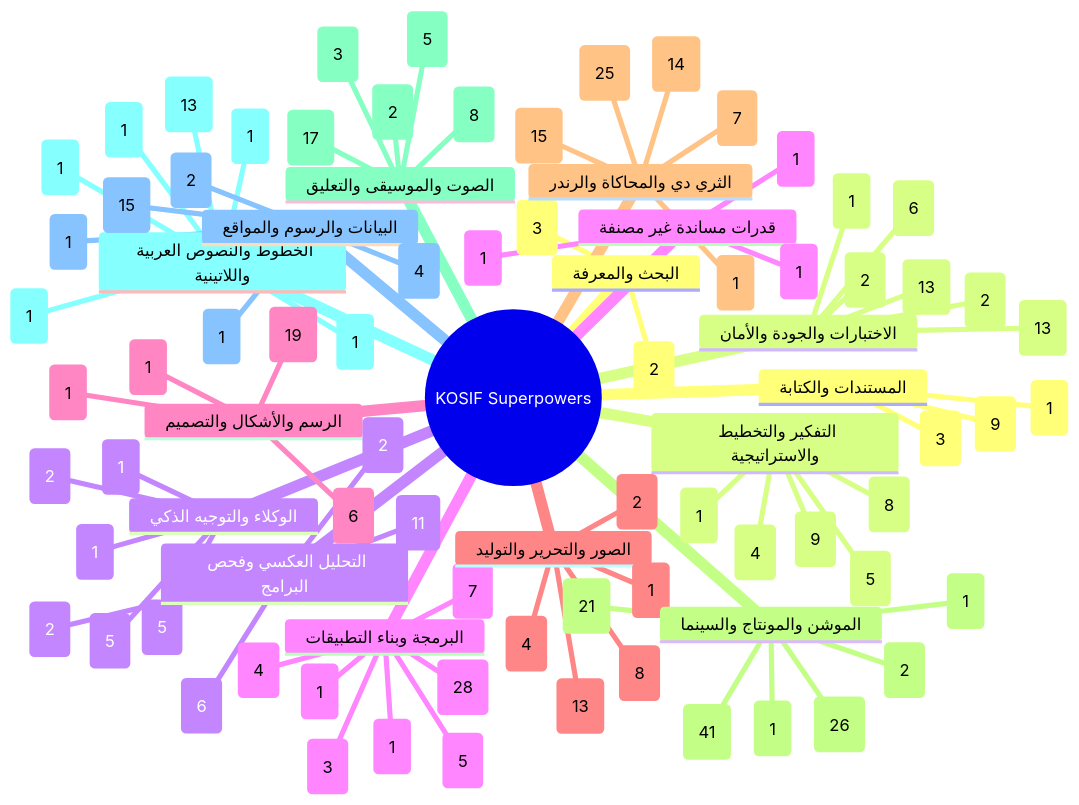
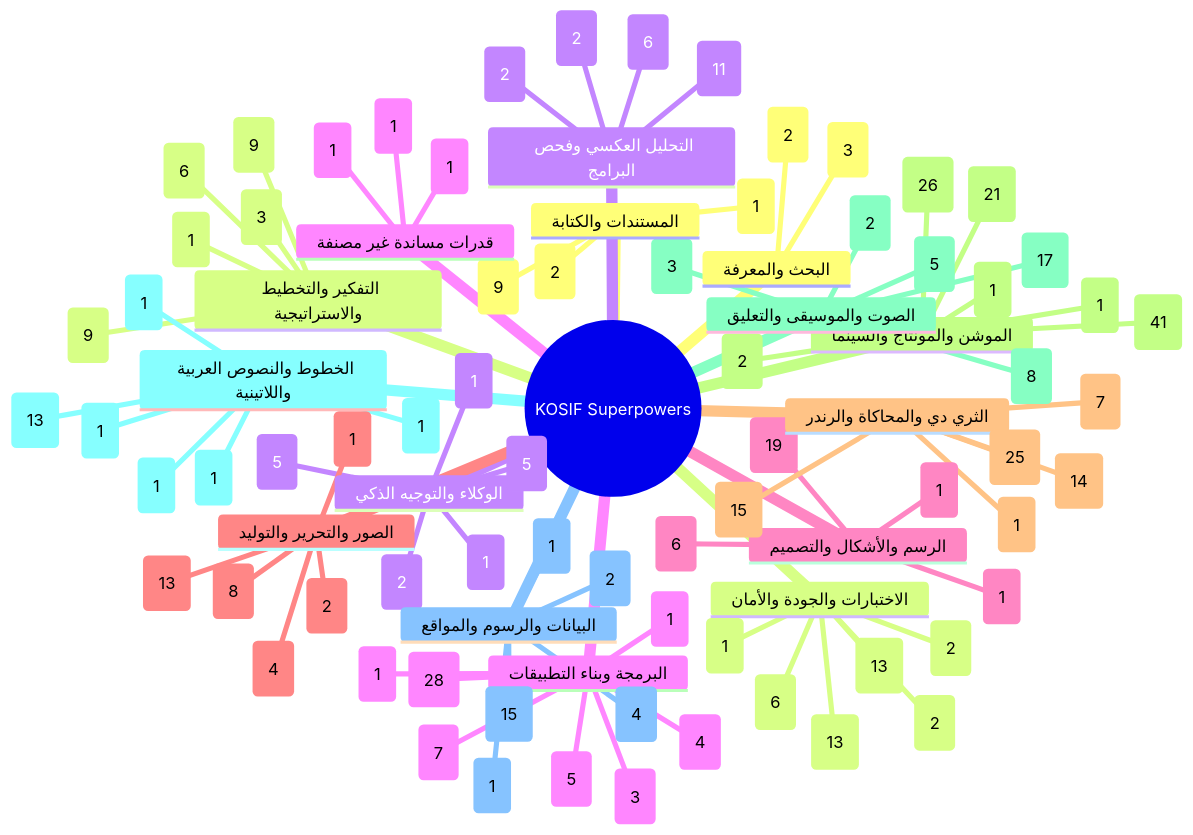
The first of 13 diagrams in .claude/skills/kosif-superpowers/references/capability-mindmap.md (kosif199022-jpg/kosif-tool), drawn with Mermaid before and after one commit. The commit also changed other lines of this file and 50 other files, not shown here.

```diff
--- a/.claude/skills/kosif-superpowers/references/capability-mindmap.md
+++ b/.claude/skills/kosif-superpowers/references/capability-mindmap.md
@@ -33,11 +33,11 @@
       افهم المادة (3)
       اصنع (2)
     التفكير والتخطيط والاستراتيجية
-      افهم المادة (5)
+      افهم المادة (6)
       خطّط وقرّر (9)
-      اصنع (8)
+      اصنع (9)
       جمّع وارندر (1)
-      تحقّق (4)
+      تحقّق (3)
     الوكلاء والتوجيه الذكي
       افهم المادة (5)
       خطّط وقرّر (2)
@@ -96,7 +96,7 @@
       حسّن واصقل (4)
       جمّع وارندر (1)
     المستندات والكتابة
-      افهم المادة (3)
+      افهم المادة (2)
       اصنع (9)
       سلّم وانشر (1)
     الاختبارات والجودة والأمان
```
